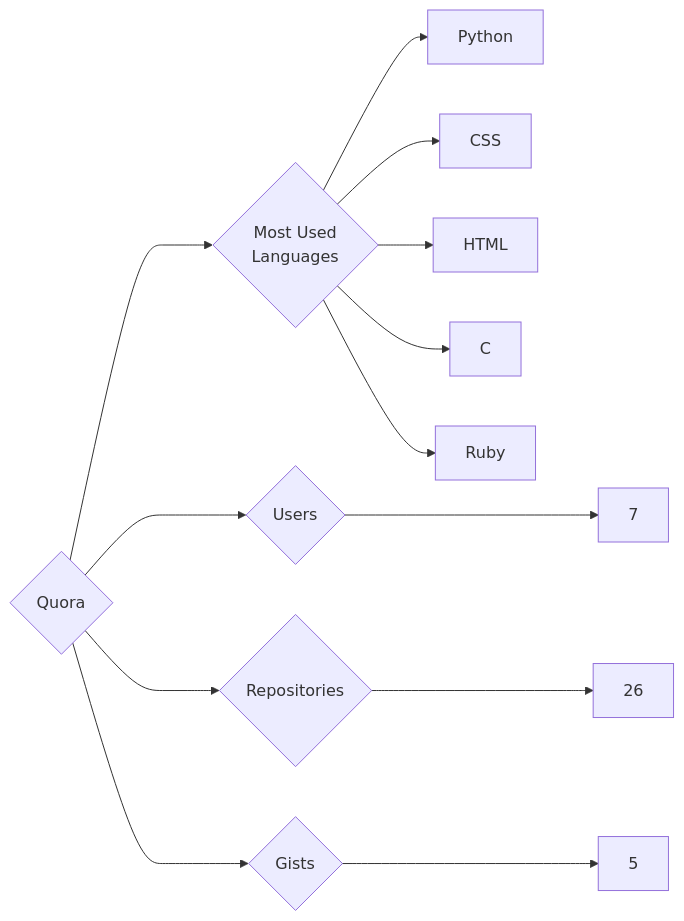
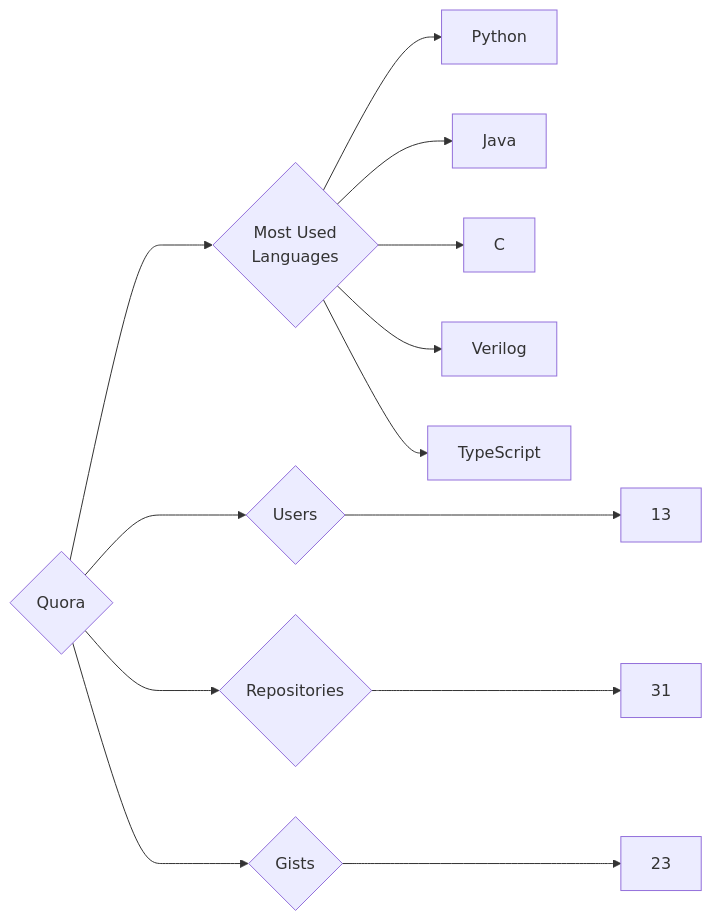
The diagram in targets/Quora/README.md (trickest/insiders), drawn with Mermaid before and after one commit. The commit also changed 953 other files, not shown here.

````diff
--- a/targets/Quora/README.md
+++ b/targets/Quora/README.md
@@ -3,13 +3,13 @@
 ```mermaid
 graph LR
 COMPANY_NAME{Quora}
-COMPANY_NAME ---> U{Users} ---> UN[7]
-COMPANY_NAME ---> R{Repositories} ---> RN[26]
-COMPANY_NAME ---> G{Gists} ---> GN[5]
+COMPANY_NAME ---> U{Users} ---> UN[13]
+COMPANY_NAME ---> R{Repositories} ---> RN[31]
+COMPANY_NAME ---> G{Gists} ---> GN[23]
 COMPANY_NAME ---> ML{Most Used<br>Languages}
 ML --> Python[Python]
-ML --> CSS[CSS]
-ML --> HTML[HTML]
+ML --> Java[Java]
 ML --> C[C]
-ML --> Ruby[Ruby]
+ML --> Verilog[Verilog]
+ML --> TypeScript[TypeScript]
 ```
````
